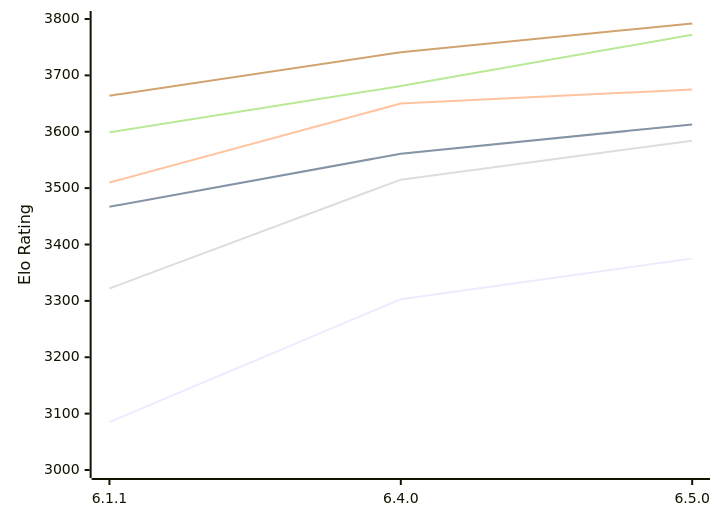
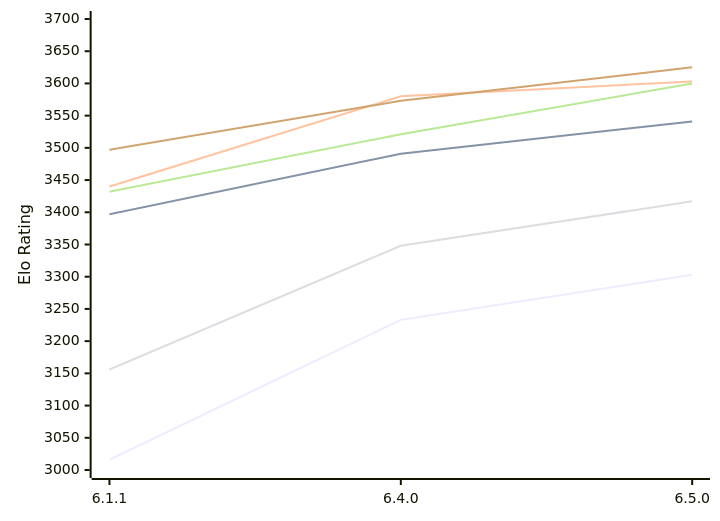
The first of 2 diagrams in engines/Zigqueen.md (computer-chess-index/cci), drawn with Mermaid before and after one commit. The commit also changed other lines of this file, not shown here.

Commit message:
Update CCI Ratings (ELO VLTC) - 2026-11-13

````diff
--- a/engines/Zigqueen.md
+++ b/engines/Zigqueen.md
@@ -55,12 +55,12 @@
 ```mermaid
 %%{init: {"theme":"base","themeVariables":{"seriesColors:['#a3a3a3','#222221','#faa371']}}}%%
 xychart-beta
   x-axis ["6.1.1", "6.4.0", "6.5.0"]
-  y-axis "Elo Rating" 3000 --> 3800
-  line "E1: STC (8.0+0.08s)" [3085, 3303, 3375]
-  line "E1: LTC (60.0+0.60s)" [3467, 3561, 3613]
-  line "E1: VLTC (2m24s+1.12s)" [3510, 3650, 3675]
-  line "P1: STC (8.0+0.08s)" [3322, 3515, 3584]
-  line "P1: LTC (60.0+0.60s)" [3599, 3681, 3772]
-  line "P1: VLTC (2m24s+1.12s)" [3664, 3741, 3792]
+  y-axis "Elo Rating" 3000 --> 3700
+  line "E1: STC (8.0+0.08s)" [3016, 3233, 3303]
+  line "E1: LTC (60.0+0.60s)" [3397, 3491, 3541]
+  line "E1: VLTC (2m24s+1.12s)" [3440, 3580, 3603]
+  line "P1: STC (8.0+0.08s)" [3156, 3348, 3417]
+  line "P1: LTC (60.0+0.60s)" [3432, 3521, 3600]
+  line "P1: VLTC (2m24s+1.12s)" [3497, 3573, 3625]
 ```
````
